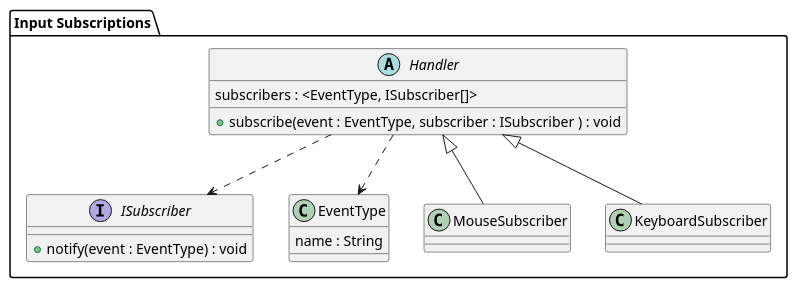
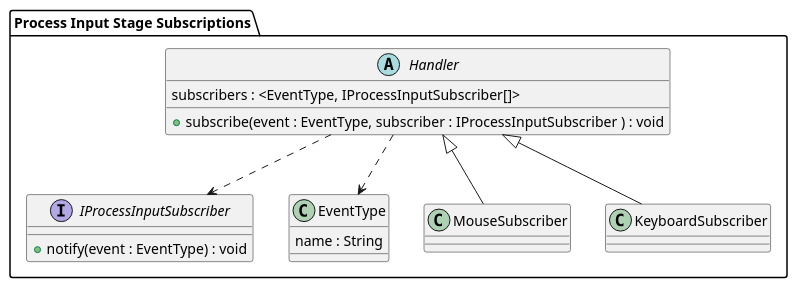
One commit to Pending-Name-21/arquitecture changed the diagram in uml/frontend-software-system/input-subscribers.puml. Above: the diagram before and after it, drawn with PlantUML. The commit also changed 4 other files, not shown here.

```diff
--- a/uml/frontend-software-system/input-subscribers.puml
+++ b/uml/frontend-software-system/input-subscribers.puml
@@ -1,20 +1,20 @@
 @startuml
-package "Input Subscriptions" {
-  interface ISubscriber {
+package "Process Input Stage Subscriptions" {
+  interface IProcessInputSubscriber {
     +notify(event : EventType) : void
   }
 
   class EventType {
     name : String
   }
 
   abstract class Handler {
-    subscribers : <EventType, ISubscriber[]>
-    +subscribe(event : EventType, subscriber : ISubscriber ) : void
+    subscribers : <EventType, IProcessInputSubscriber[]>
+    +subscribe(event : EventType, subscriber : IProcessInputSubscriber ) : void
   }
   Handler ..> EventType 
-    Handler ..> ISubscriber
-    Handler <|-- MouseSubscriber
-    Handler <|-- KeyboardSubscriber
+  Handler ..> IProcessInputSubscriber
+  Handler <|-- MouseSubscriber
+  Handler <|-- KeyboardSubscriber
 }
 @enduml
```
